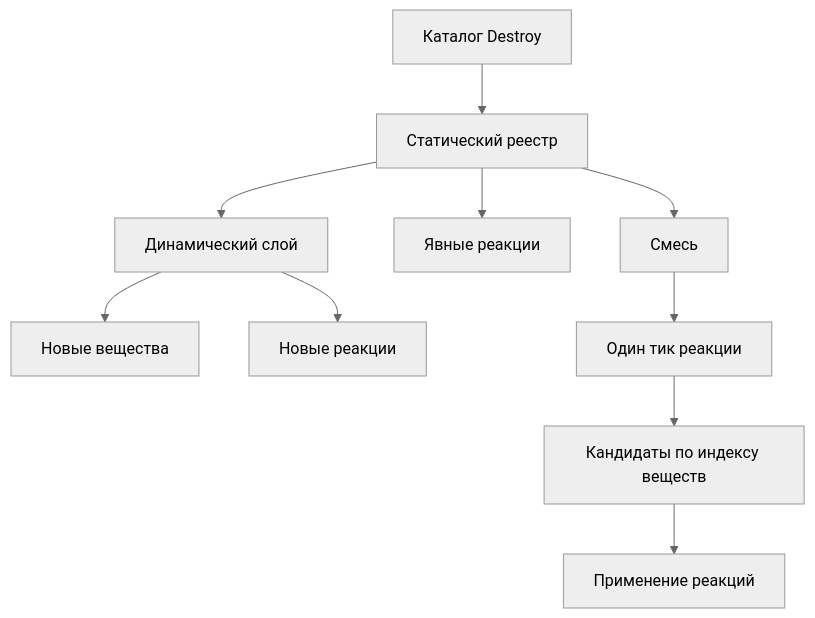
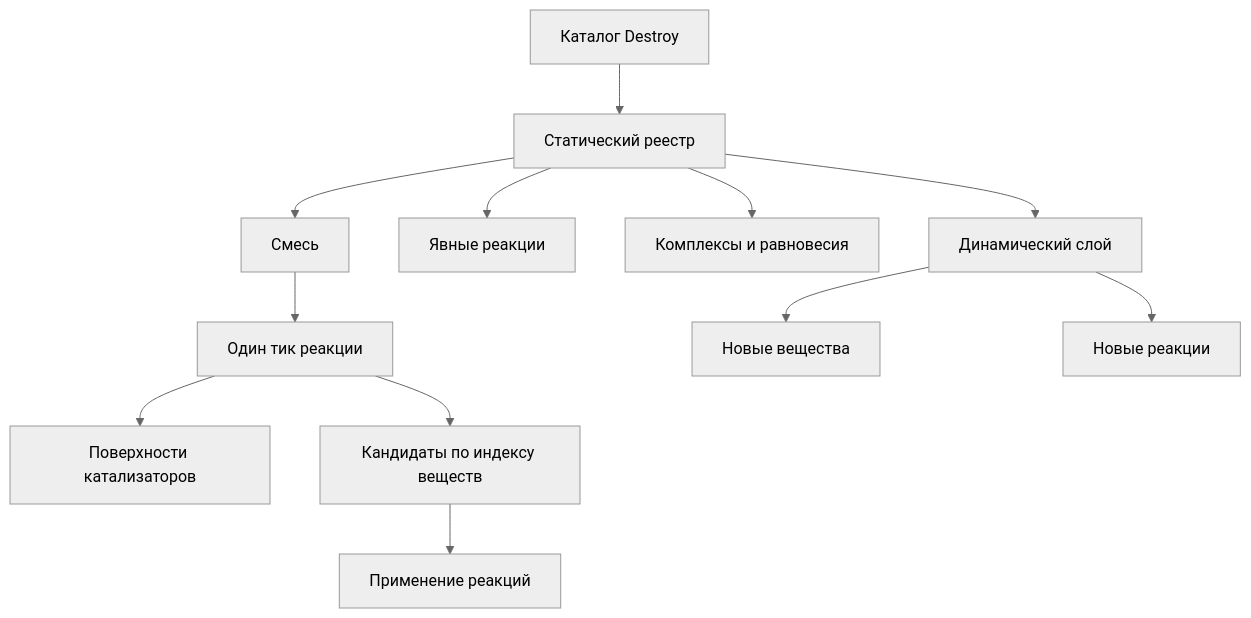
One commit to makargravanov/create-thermodynamics changed the diagram in docs/chemistry/00-index.md. Above: the diagram before and after it, drawn with Mermaid (neutral theme). The commit also changed 9 other files, not shown here.

````diff
--- a/docs/chemistry/00-index.md
+++ b/docs/chemistry/00-index.md
@@ -24,12 +24,14 @@
 ```mermaid
 flowchart TD
     Catalog[Каталог Destroy] --> Registry[Статический реестр]
     Registry --> Mixture[Смесь]
     Registry --> StaticReactions[Явные реакции]
+    Registry --> Complexes[Комплексы и равновесия]
     Registry --> Dynamic[Динамический слой]
+    Tick --> Surfaces[Поверхности катализаторов]
     Dynamic --> DynamicSubstances[Новые вещества]
     Dynamic --> DynamicReactions[Новые реакции]
     Mixture --> Tick[Один тик реакции]
     Tick --> Candidates[Кандидаты по индексу веществ]
     Candidates --> Apply[Применение реакций]
 ```
````
